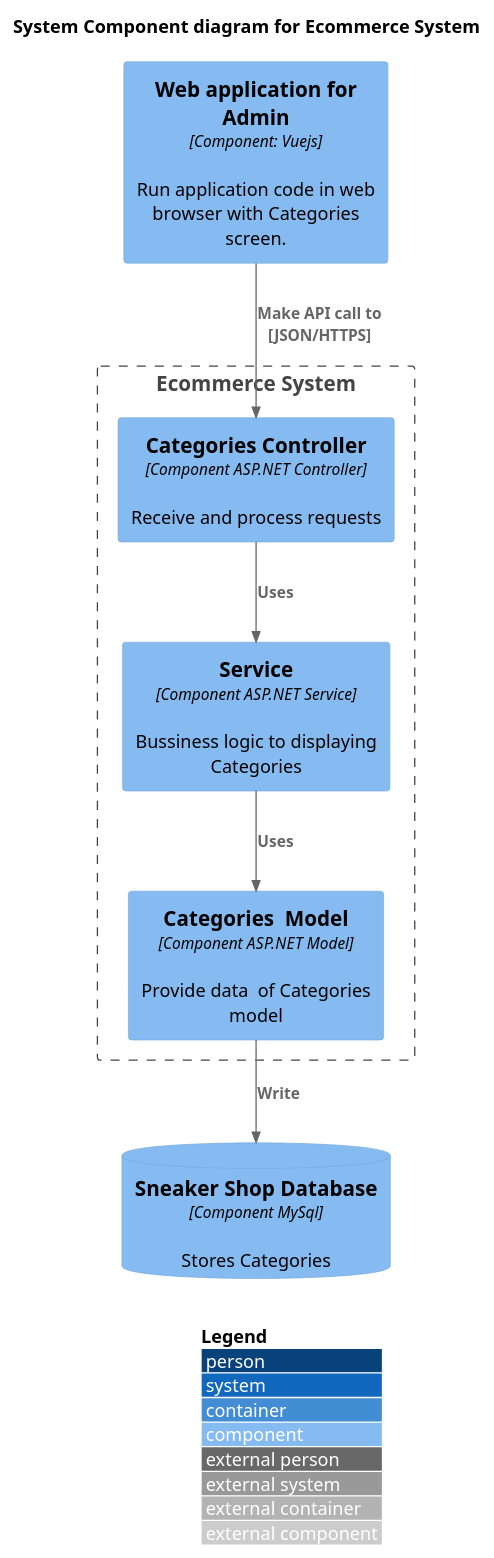
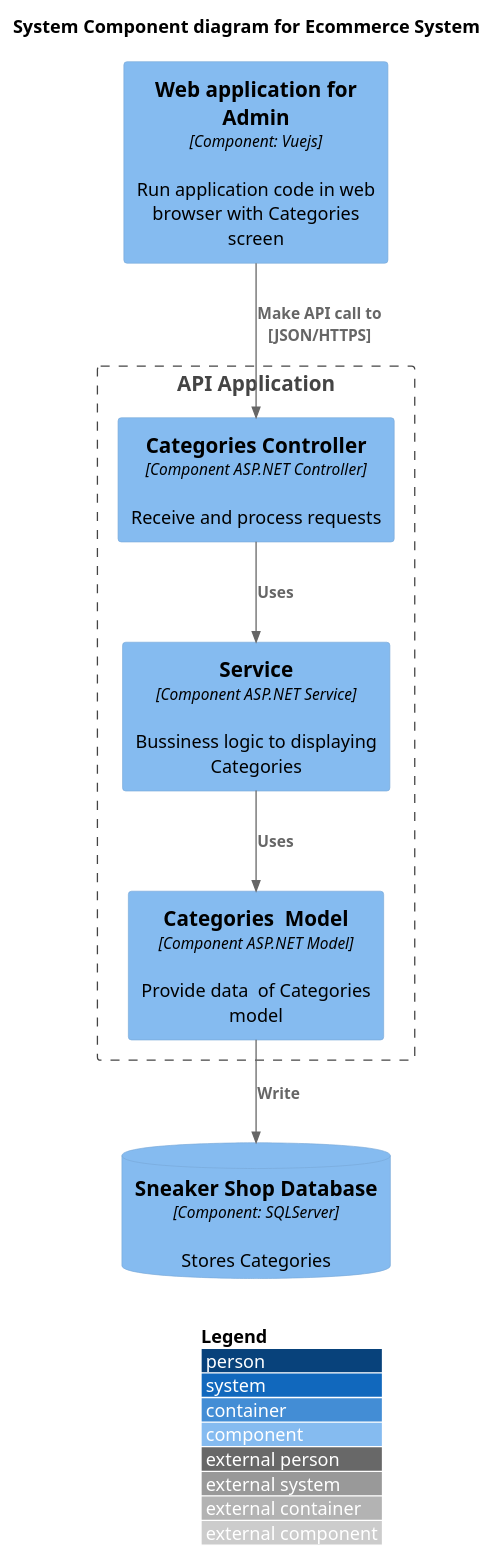
One commit to cuongchu264/PTTKHuongDoiTuong changed the diagram in C4 model/Component/PostCategories.puml. Above: the diagram before and after it, drawn with PlantUML. The commit also changed 24 other files, not shown here.

Commit message:
Recheck component code

```diff
--- a/C4 model/Component/PostCategories.puml
+++ b/C4 model/Component/PostCategories.puml
@@ -1,23 +1,23 @@
 @startuml
 !include https://raw.githubusercontent.com/plantuml-stdlib/C4-PlantUML/master/C4_Component.puml
 ' uncomment the following line and comment the first to use locally
 ' !include C4_Component.puml
 
 LAYOUT_WITH_LEGEND()
 
 title System Component diagram for Ecommerce System
 
-Component(web_app, "Web application for Admin","Component: Vuejs", "Run application code in web browser with Categories  screen.")
-ComponentDb(db, "Sneaker Shop Database","Component MySql", "Stores Categories ")
+Component(web_app, "Web application for Admin","Component: Vuejs", "Run application code in web browser with Categories screen")
+ComponentDb(db, "Sneaker Shop Database","Component: SQLServer", "Stores Categories ")
 
-Boundary(System, "Ecommerce System") {
+Boundary(System, "API Application") {
     Component(Controller, "Categories Controller", "Component ASP.NET Controller", "Receive and process requests ")
     Component(Service, "Service","Component ASP.NET Service", "Bussiness logic to displaying Categories  ")
     Component(model, "Categories  Model", "Component ASP.NET Model", "Provide data  of Categories  model ")
 
     Rel(Controller, Service, "Uses")
     Rel(Service, model, "Uses")
     Rel(model, db, "Write")
     Rel(web_app,Controller, "Make API call to [JSON/HTTPS]")
 }
 @enduml
```
